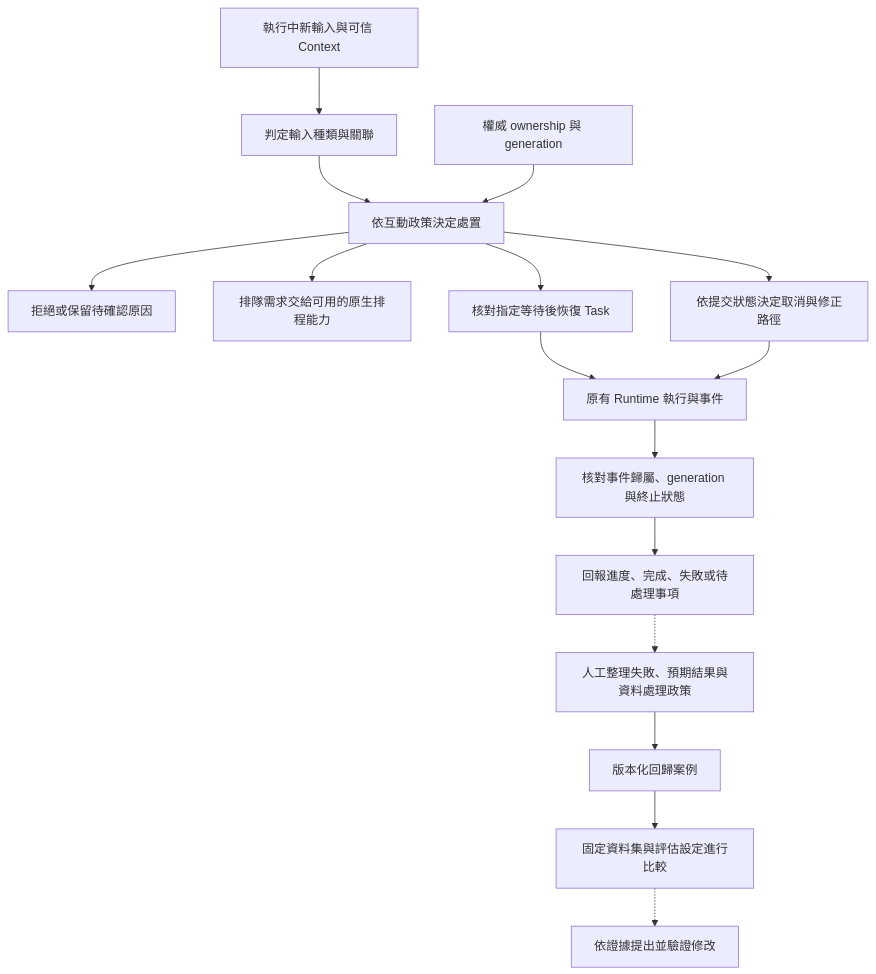
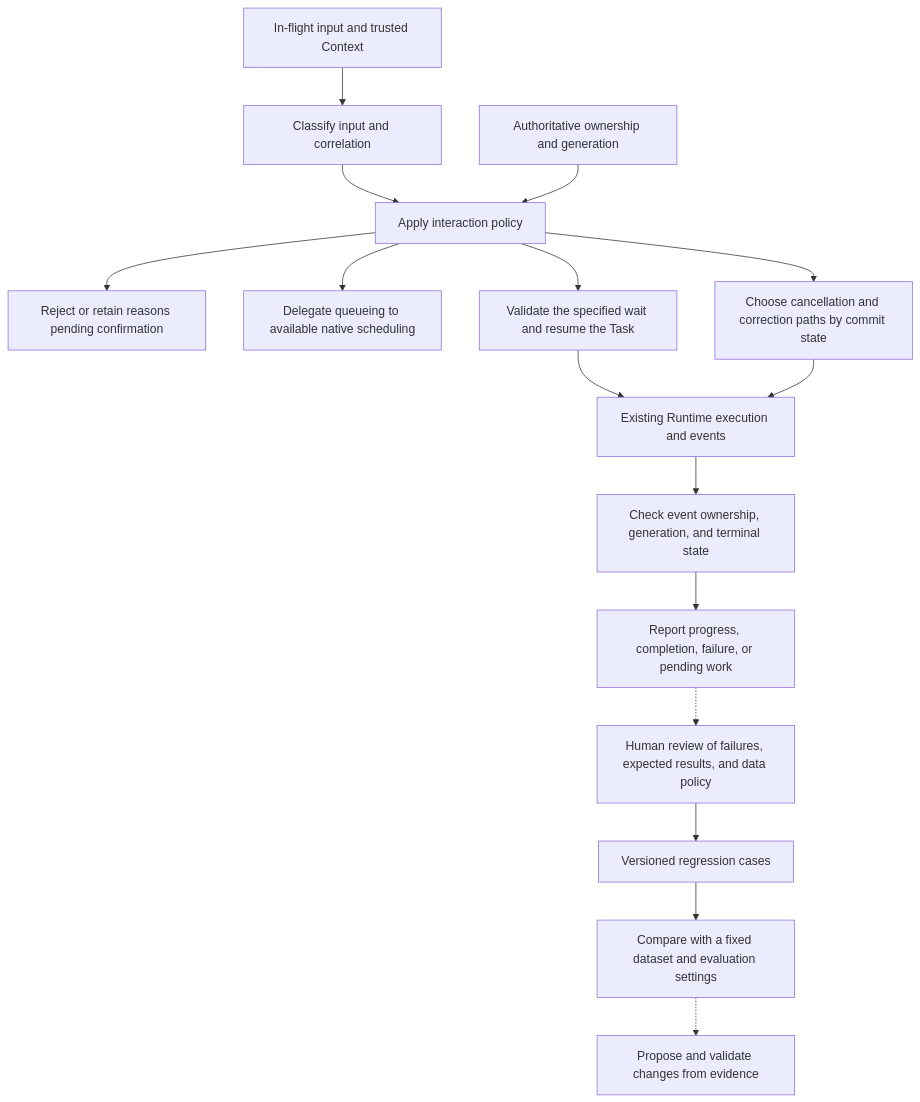
Before and after one commit to HsienW/gun-harness-engineering: the diagram in agent-harness/interaction-and-feedback/README.md, drawn with Mermaid. The commit also changed 1 other file, not shown here.

Commit message:
docs(harness-interaction): localize feedback flow diagrams
- Translate diagram labels for the English and Simplified Chinese guides.
- Preserve ownership checks and feedback evaluation connections.

````diff
--- a/agent-harness/interaction-and-feedback/README.md
+++ b/agent-harness/interaction-and-feedback/README.md
@@ -22,18 +22,18 @@
 ```mermaid
 flowchart TD
-    Input[執行中新輸入與可信 Context] --> Classify[判定輸入種類與關聯]
-    Classify --> Policy[依互動政策決定處置]
-    Owner[權威 ownership 與 generation] --> Policy
-    Policy --> Reject[拒絕或保留待確認原因]
-    Policy --> NativeQueue[排隊需求交給可用的原生排程能力]
-    Policy --> Resume[核對指定等待後恢復 Task]
-    Policy --> Cancel[依提交狀態決定取消與修正路徑]
-    Resume --> Runtime[原有 Runtime 執行與事件]
+    Input[In-flight input and trusted Context] --> Classify[Classify input and correlation]
+    Classify --> Policy[Apply interaction policy]
+    Owner[Authoritative ownership and generation] --> Policy
+    Policy --> Reject[Reject or retain reasons pending confirmation]
+    Policy --> NativeQueue[Delegate queueing to available native scheduling]
+    Policy --> Resume[Validate the specified wait and resume the Task]
+    Policy --> Cancel[Choose cancellation and correction paths by commit state]
+    Resume --> Runtime[Existing Runtime execution and events]
     Cancel --> Runtime
-    Runtime --> Visible[核對事件歸屬、generation 與終止狀態]
-    Visible --> Reply[回報進度、完成、失敗或待處理事項]
-    Reply -.-> Review[人工整理失敗、預期結果與資料處理政策]
-    Review --> Regression[版本化回歸案例]
-    Regression --> Evaluate[固定資料集與評估設定進行比較]
-    Evaluate -.-> Change[依證據提出並驗證修改]
+    Runtime --> Visible[Check event ownership, generation, and terminal state]
+    Visible --> Reply[Report progress, completion, failure, or pending work]
+    Reply -.-> Review[Human review of failures, expected results, and data policy]
+    Review --> Regression[Versioned regression cases]
+    Regression --> Evaluate[Compare with a fixed dataset and evaluation settings]
+    Evaluate -.-> Change[Propose and validate changes from evidence]
 ```
````
